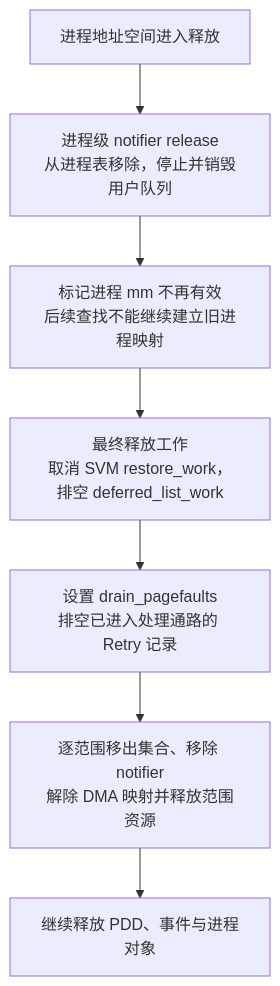
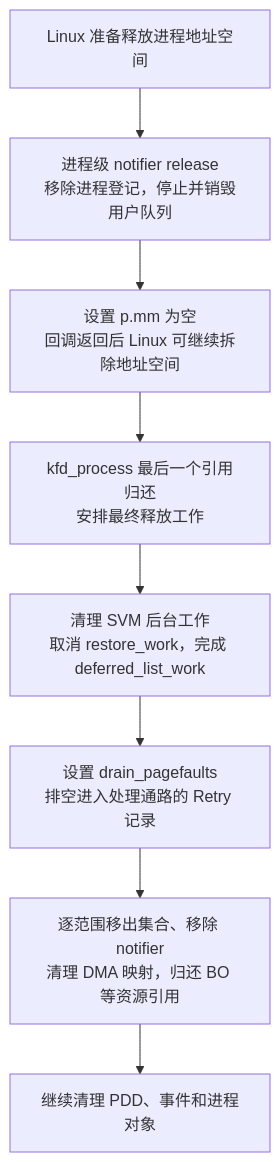
Diagram 13 of 13 in 05_HMM 与 SVM：GPU 缺页恢复与页面迁移.md (hxfei-git/gpu-study), drawn with Mermaid before and after one commit. The commit also changed other lines of this file and 4 other files, not shown here.

````diff
--- a/05_HMM 与 SVM：GPU 缺页恢复与页面迁移.md
+++ b/05_HMM 与 SVM：GPU 缺页恢复与页面迁移.md
@@ -1675,11 +2518,12 @@
 ```mermaid
 flowchart TD
-    E["进程地址空间进入释放"]
-    P["进程级 notifier release<br/>从进程表移除，停止并销毁用户队列"]
-    M["标记进程 mm 不再有效<br/>后续查找不能继续建立旧进程映射"]
-    W["最终释放工作<br/>取消 SVM restore_work，排空 deferred_list_work"]
-    F["设置 drain_pagefaults<br/>排空已进入处理通路的 Retry 记录"]
-    R["逐范围移出集合、移除 notifier<br/>解除 DMA 映射并释放范围资源"]
-    D["继续释放 PDD、事件与进程对象"]
-    E --> P --> M --> W --> F --> R --> D
+    E["Linux 准备释放进程地址空间"]
+    P["进程级 notifier release<br/>移除进程登记，停止并销毁用户队列"]
+    M["设置 p.mm 为空<br/>回调返回后 Linux 可继续拆除地址空间"]
+    K["kfd_process 最后一个引用归还<br/>安排最终释放工作"]
+    W["清理 SVM 后台工作<br/>取消 restore_work，完成 deferred_list_work"]
+    F["设置 drain_pagefaults<br/>排空进入处理通路的 Retry 记录"]
+    R["逐范围移出集合、移除 notifier<br/>清理 DMA 映射，归还 BO 等资源引用"]
+    D["继续清理 PDD、事件和进程对象"]
+    E --> P --> M --> K --> W --> F --> R --> D
 ```
````
